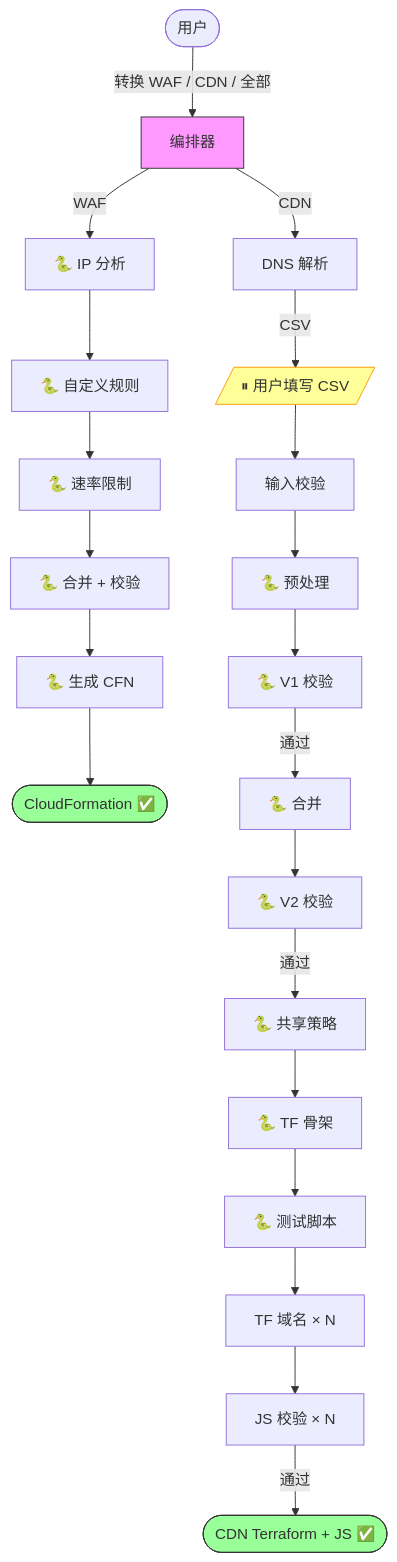
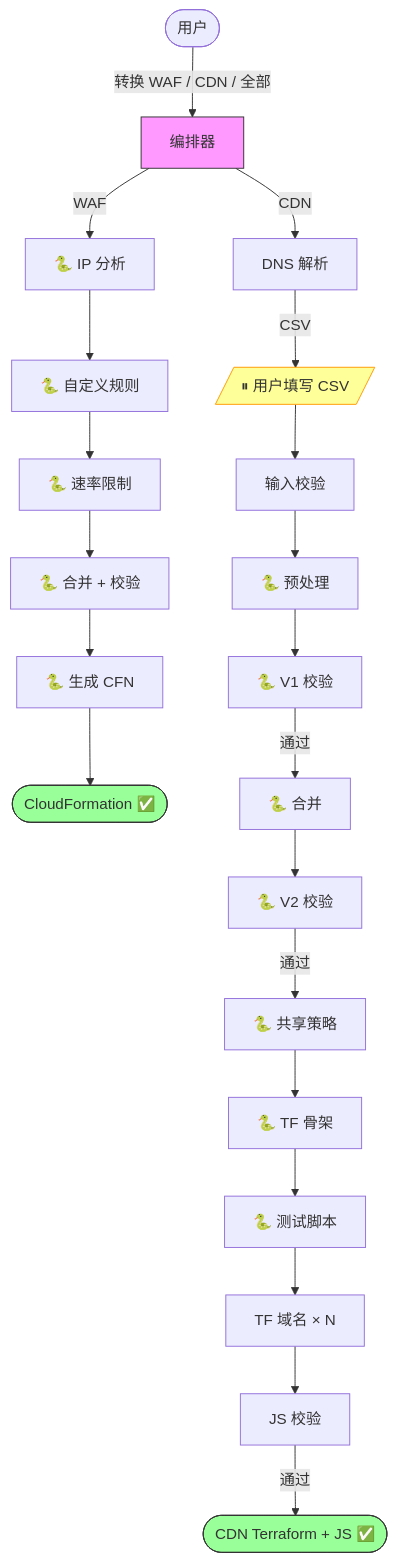
Before and after one commit to chenghit/cloudflare-aws-edge-config-converter: the diagram in README_CN.md, drawn with Mermaid. The commit also changed other lines of this file and 22 other files, not shown here.

````diff
--- a/README_CN.md
+++ b/README_CN.md
@@ -83,24 +83,24 @@
 ```mermaid
 flowchart TD
     User([用户]) -->|"转换 WAF / CDN / 全部"| Main["编排器"]
 
     Main -->|WAF| WAF_A1["🐍 IP 分析"] --> WAF_A2["🐍 自定义规则"] --> WAF_A3["🐍 速率限制"] --> WAF_M["🐍 合并 + 校验"] --> WAF_G["🐍 生成 CFN"] --> WAF_Done([CloudFormation ✅])
 
     Main -->|CDN| CDN1["DNS 解析"] -->|CSV| Pause[/"⏸ 用户填写 CSV"/]
     Pause --> CDN2["输入校验"]
     CDN2 --> CDN3["🐍 预处理"]
     CDN3 --> CDN4["🐍 V1 校验"]
     CDN4 -->|通过| CDN5["🐍 合并"]
     CDN5 --> CDN6["🐍 V2 校验"]
     CDN6 -->|通过| CDN7["🐍 共享策略"]
     CDN7 --> CDN75["🐍 TF 骨架"]
     CDN75 --> CDN76["🐍 测试脚本"]
     CDN76 --> CDN8["TF 域名 × N"]
-    CDN8 --> CDN9["JS 校验 × N"]
+    CDN8 --> CDN9["JS 校验"]
     CDN9 -->|通过| CDN_Done([CDN Terraform + JS ✅])
 
     style Main fill:#f9f,stroke:#333
     style Pause fill:#ff9,stroke:#f90
     style WAF_Done fill:#9f9,stroke:#333
     style CDN_Done fill:#9f9,stroke:#333
 ```
````
